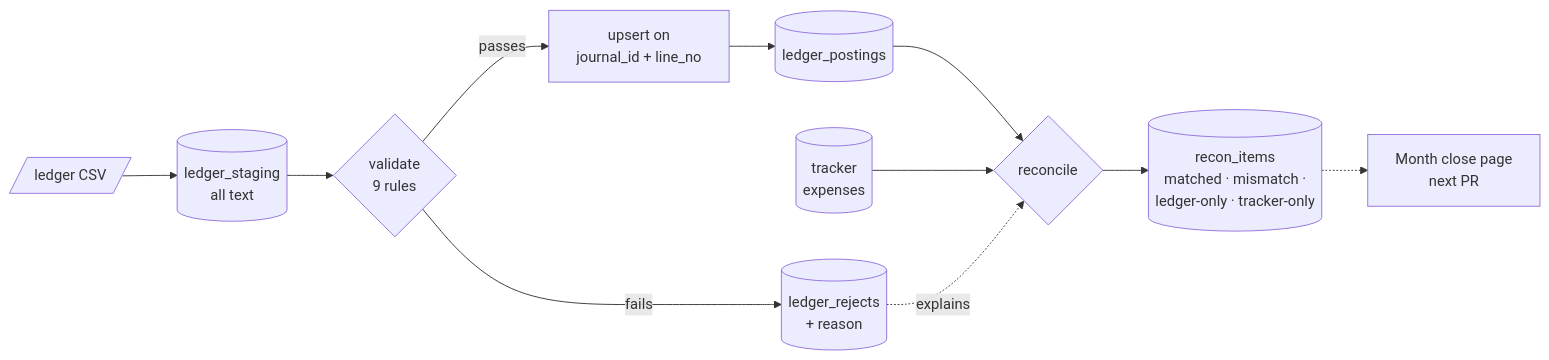
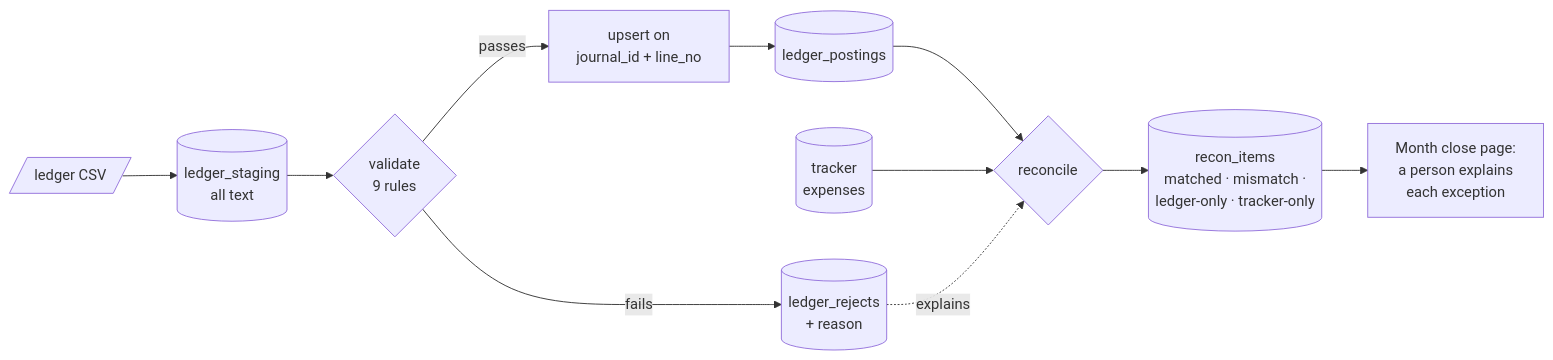
The second of 2 diagrams in README.md (angelarroyod/budget-tracker), drawn with Mermaid before and after one commit. The commit also changed other lines of this file and 31 other files, not shown here.

First line of the commit message:
Month close: explain each reconciliation exception, then close the month

````diff
--- a/README.md
+++ b/README.md
@@ -123,13 +126,13 @@
 ```mermaid
 flowchart LR
   csv[/ledger CSV/] --> stg[(ledger_staging<br/>all text)]
   stg --> val{validate<br/>9 rules}
   val -- fails --> rej[(ledger_rejects<br/>+ reason)]
   val -- passes --> up[upsert on<br/>journal_id + line_no]
   up --> post[(ledger_postings)]
   post --> rec{reconcile}
   exp[(tracker<br/>expenses)] --> rec
   rej -. explains .-> rec
   rec --> items[(recon_items<br/>matched · mismatch ·<br/>ledger-only · tracker-only)]
-  items -.-> app[Month close page<br/>next PR]
+  items --> app[Month close page:<br/>a person explains<br/>each exception]
 ```
````
